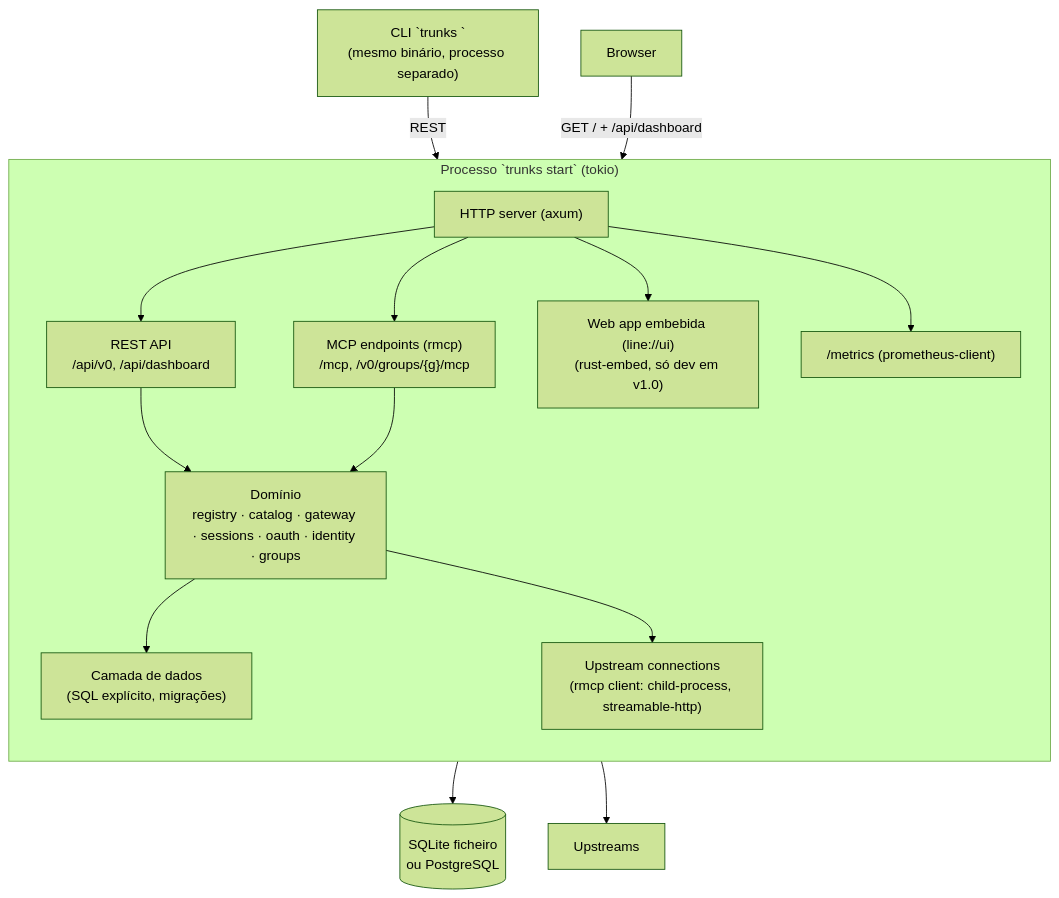
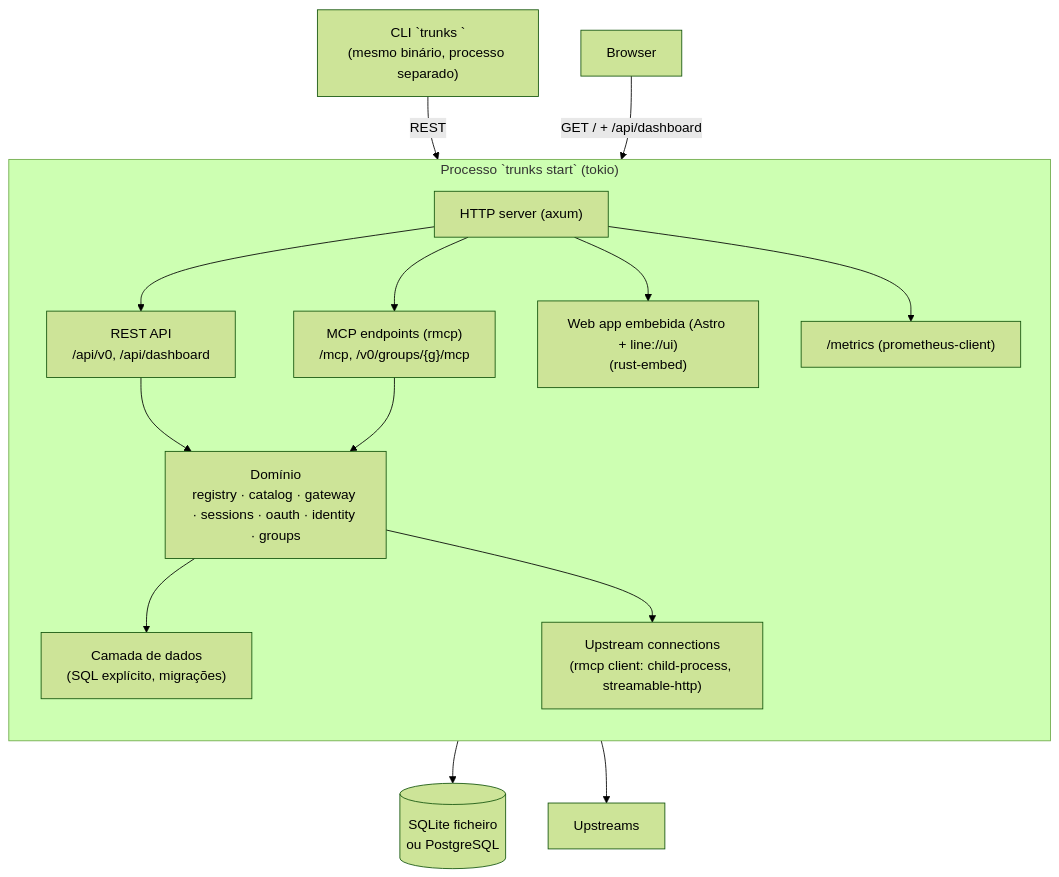
The second of 15 diagrams in docs/04-arquitectura.md (websublime/trunks), drawn with Mermaid (forest theme) before and after one commit. The commit also changed other lines of this file and 8 other files, not shown here.

First line of the commit message:
docs: redefine the web app as a static Astro site with line://ui (D18) (#23)

````diff
--- a/docs/04-arquitectura.md
+++ b/docs/04-arquitectura.md
@@ -59,24 +59,24 @@
 ```mermaid
 flowchart TB
     subgraph proc["Processo `trunks start` (tokio)"]
         direction TB
         http["HTTP server (axum)"]
         rest["REST API<br/>/api/v0, /api/dashboard"]
         mcp["MCP endpoints (rmcp)<br/>/mcp, /v0/groups/{g}/mcp"]
         core["Domínio<br/>registry · catalog · gateway · sessions · oauth · identity · groups"]
         dbl["Camada de dados<br/>(SQL explícito, migrações)"]
         up["Upstream connections<br/>(rmcp client: child-process, streamable-http)"]
-        spa["Web app embebida (line://ui)<br/>(rust-embed, só dev em v1.0)"]
+        spa["Web app embebida (Astro + line://ui)<br/>(rust-embed)"]
         met["/metrics (prometheus-client)"]
         http --> rest & mcp & spa & met
         rest --> core
         mcp --> core
         core --> dbl
         core --> up
     end
     cli["CLI `trunks <cmd>`<br/>(mesmo binário, processo separado)"] -- "REST" --> http
     browser["Browser"] -- "GET / + /api/dashboard" --> http
     db[("SQLite ficheiro<br/>ou PostgreSQL")]
     dbl --> db
     up --> ups["Upstreams"]
 ```
````
